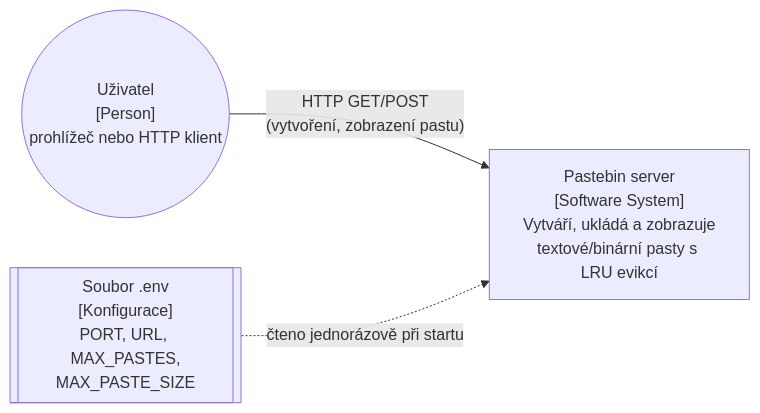
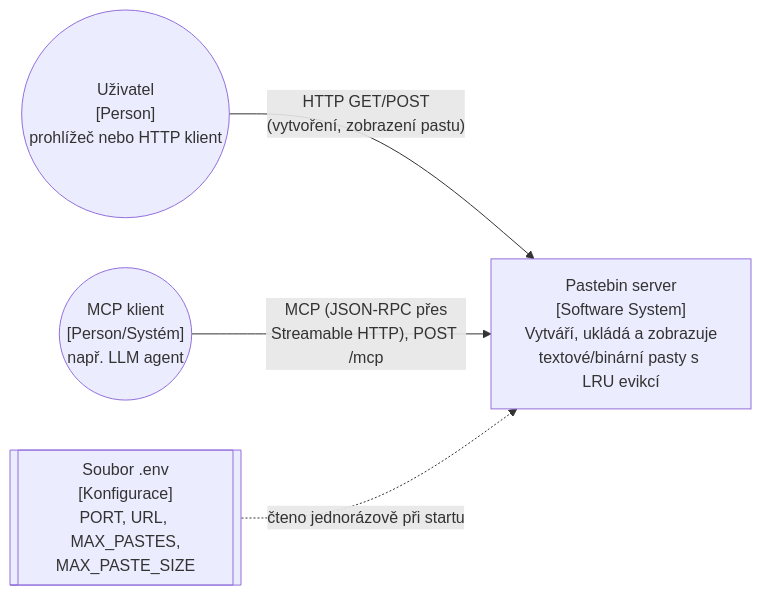
The first of 4 diagrams in docs/architecture.md (Onre739/pastebin), drawn with Mermaid before and after one commit. The commit also changed other lines of this file and 3 other files, not shown here.

````diff
--- a/docs/architecture.md
+++ b/docs/architecture.md
@@ -9,11 +9,13 @@
 ```mermaid
 flowchart LR
     User(("Uživatel<br/>[Person]<br/>prohlížeč nebo HTTP klient"))
+    McpClient(("MCP klient<br/>[Person/Systém]<br/>např. LLM agent"))
 
     Pastebin["Pastebin server<br/>[Software System]<br/>Vytváří, ukládá a zobrazuje<br/>textové/binární pasty s LRU evikcí"]
 
     EnvFile[["Soubor .env<br/>[Konfigurace]<br/>PORT, URL, MAX_PASTES,<br/>MAX_PASTE_SIZE"]]
 
     User -- "HTTP GET/POST<br/>(vytvoření, zobrazení pastu)" --> Pastebin
+    McpClient -- "MCP (JSON-RPC přes<br/>Streamable HTTP), POST /mcp" --> Pastebin
     EnvFile -. "čteno jednorázově při startu" .-> Pastebin
 ```
````
